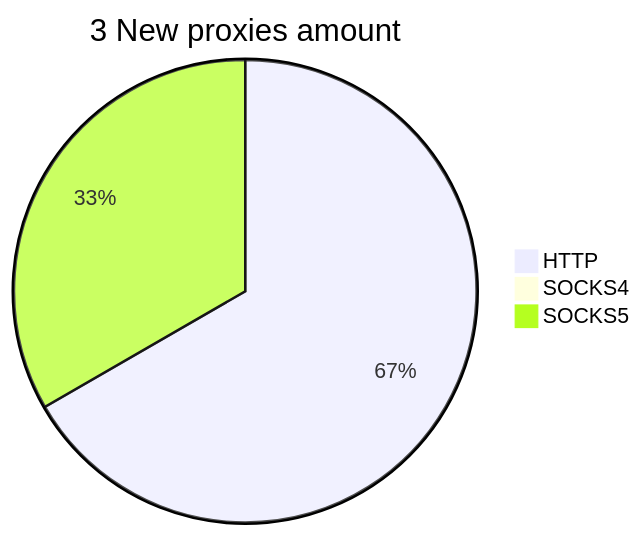
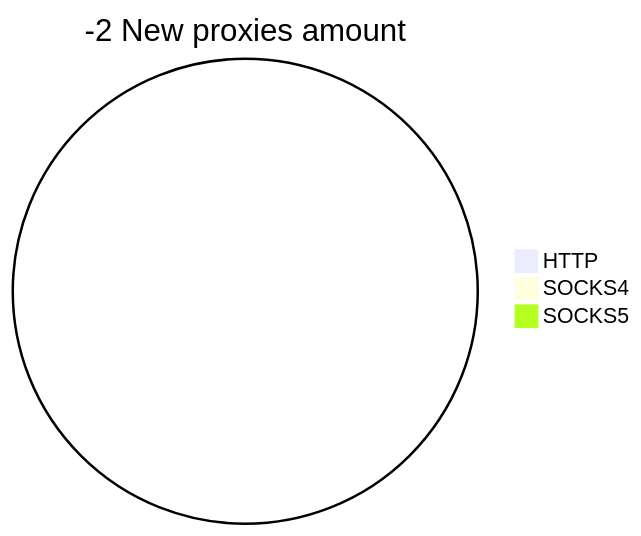
Before and after one commit to cutipu/proxylist: the second of 2 diagrams in README.md, drawn with Mermaid. The commit also changed other lines of this file, not shown here.

````diff
--- a/README.md
+++ b/README.md
@@ -17,6 +17,6 @@
 ```mermaid
-pie title 3 New proxies amount
-    "HTTP" : 2
+pie title -2 New proxies amount
+    "HTTP" : 0
     "SOCKS4" : 0
-    "SOCKS5" : 1
+    "SOCKS5" : 0
 ```
````
